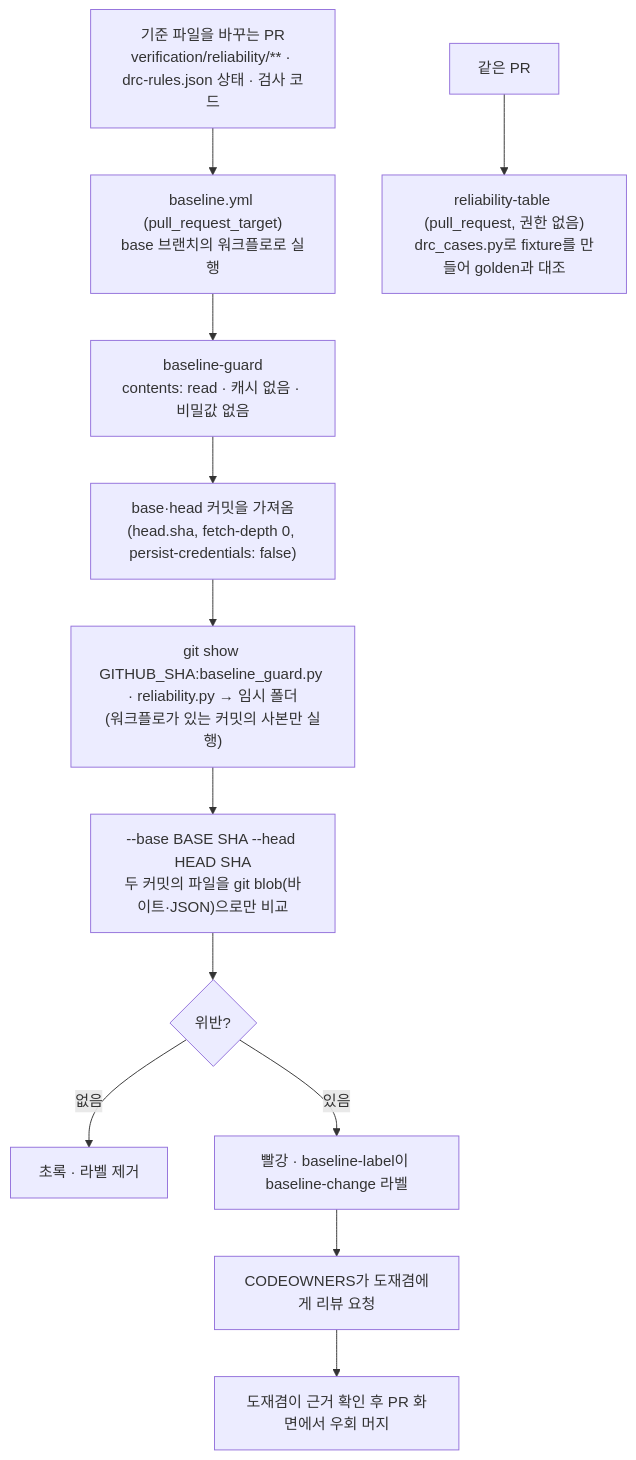
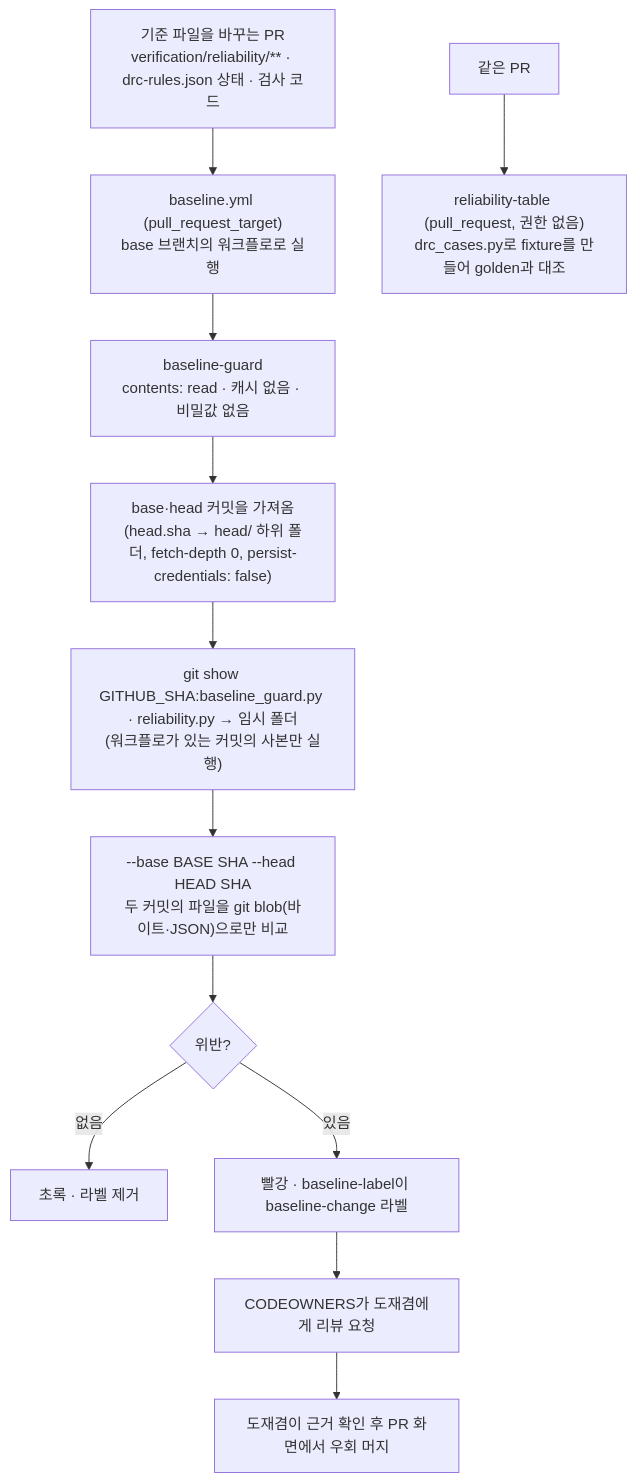
The first of 3 diagrams in docs/specs/0019-merge-gate.md (SNU-SSC-Lab/circuit-team-05), drawn with Mermaid before and after one commit. The commit also changed other lines of this file and 6 other files, not shown here.

````diff
--- a/docs/specs/0019-merge-gate.md
+++ b/docs/specs/0019-merge-gate.md
@@ -90,14 +90,14 @@
 ```mermaid
 flowchart TD
     PR["기준 파일을 바꾸는 PR<br>verification/reliability/** · drc-rules.json 상태 · 검사 코드"] --> T["baseline.yml (pull_request_target)<br>base 브랜치의 워크플로로 실행"]
     T --> G["baseline-guard<br>contents: read · 캐시 없음 · 비밀값 없음"]
-    G --> CO["base·head 커밋을 가져옴<br>(head.sha, fetch-depth 0, persist-credentials: false)"]
+    G --> CO["base·head 커밋을 가져옴<br>(head.sha → head/ 하위 폴더, fetch-depth 0, persist-credentials: false)"]
     CO --> COPY["git show GITHUB_SHA:baseline_guard.py · reliability.py → 임시 폴더<br>(워크플로가 있는 커밋의 사본만 실행)"]
     COPY --> DIFF["--base BASE SHA --head HEAD SHA<br>두 커밋의 파일을 git blob(바이트·JSON)으로만 비교"]
     DIFF --> V{"위반?"}
     V -- 없음 --> OK["초록 · 라벨 제거"]
     V -- 있음 --> RED["빨강 · baseline-label이 baseline-change 라벨"]
     RED --> OWN["CODEOWNERS가 도재겸에게 리뷰 요청"]
     OWN --> BY["도재겸이 근거 확인 후 PR 화면에서 우회 머지"]
     PR2["같은 PR"] --> REL["reliability-table (pull_request, 권한 없음)<br>drc_cases.py로 fixture를 만들어 golden과 대조"]
 ```
````
